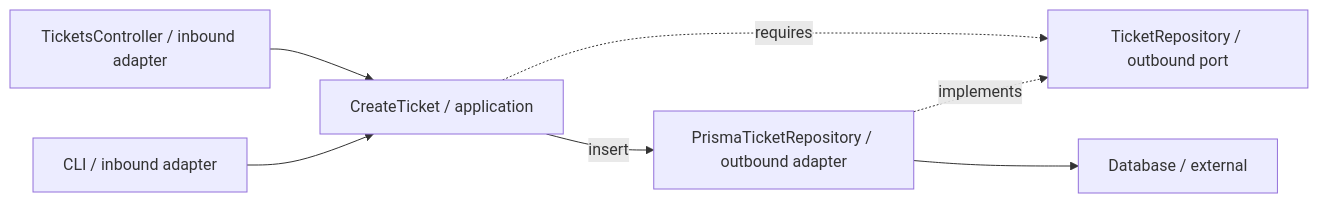
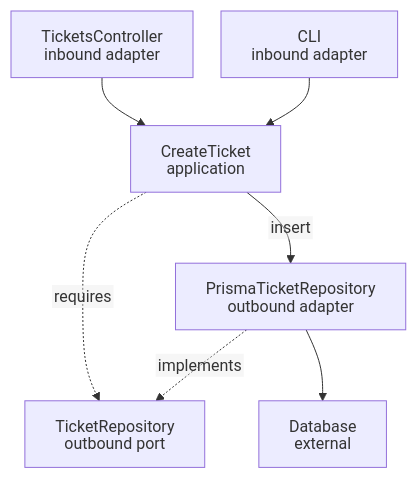
One commit to AndresTaoFlorez/software-architecture changed the diagram in architecture/backend/5-architectural-styles-with-nestjs.md. Above: the diagram before and after it, drawn with Mermaid. The commit also changed other lines of this file and 79 other files, not shown here.

````diff
--- a/architecture/backend/5-architectural-styles-with-nestjs.md
+++ b/architecture/backend/5-architectural-styles-with-nestjs.md
@@ -54,9 +83,10 @@
 ```mermaid
-flowchart LR
-    H["TicketsController / inbound adapter"] --> U["CreateTicket / application"]
-    CLI["CLI / inbound adapter"] --> U
-    U -->|"insert"| I["PrismaTicketRepository / outbound adapter"]
-    U -. "requires" .-> P["TicketRepository / outbound port"]
+%%{init: {"htmlLabels": false, "flowchart": {"htmlLabels": false, "nodeSpacing": 28, "rankSpacing": 48, "diagramPadding": 20, "wrappingWidth": 280}, "sequence": {"wrap": true, "diagramMarginX": 20, "diagramMarginY": 20}}}%%
+flowchart TB
+    H["TicketsController<br/>inbound adapter"] --> U["CreateTicket<br/>application"]
+    CLI["CLI<br/>inbound adapter"] --> U
+    U -->|"insert"| I["PrismaTicketRepository<br/>outbound adapter"]
+    U -. "requires" .-> P["TicketRepository<br/>outbound port"]
     I -. "implements" .-> P
-    I --> DB["Database / external"]
+    I --> DB["Database<br/>external"]
 ```
````
